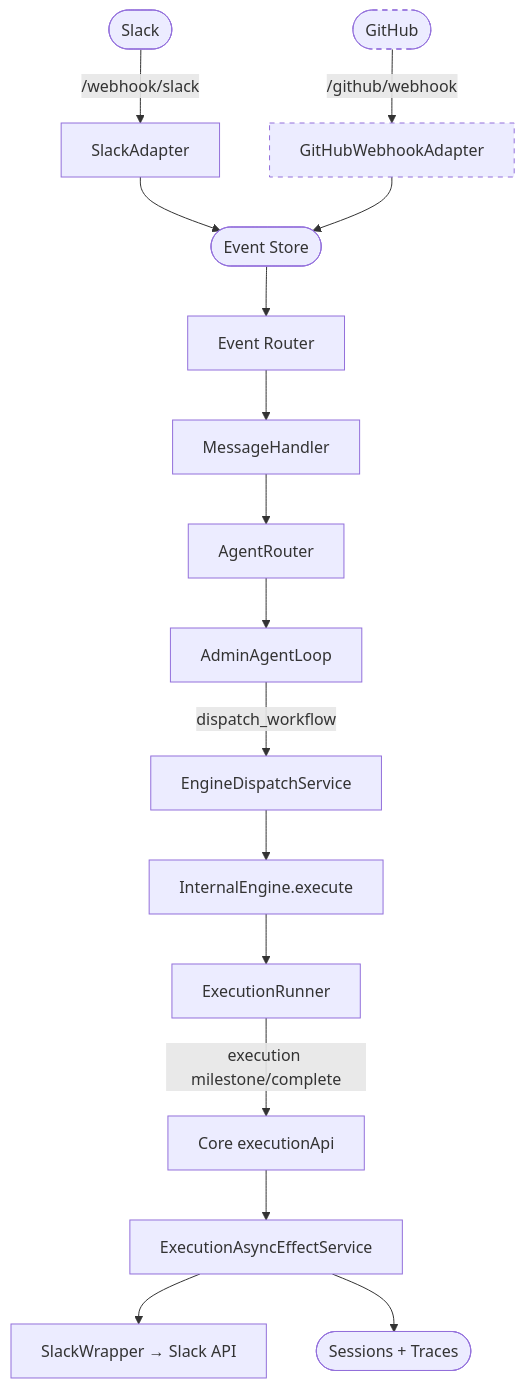
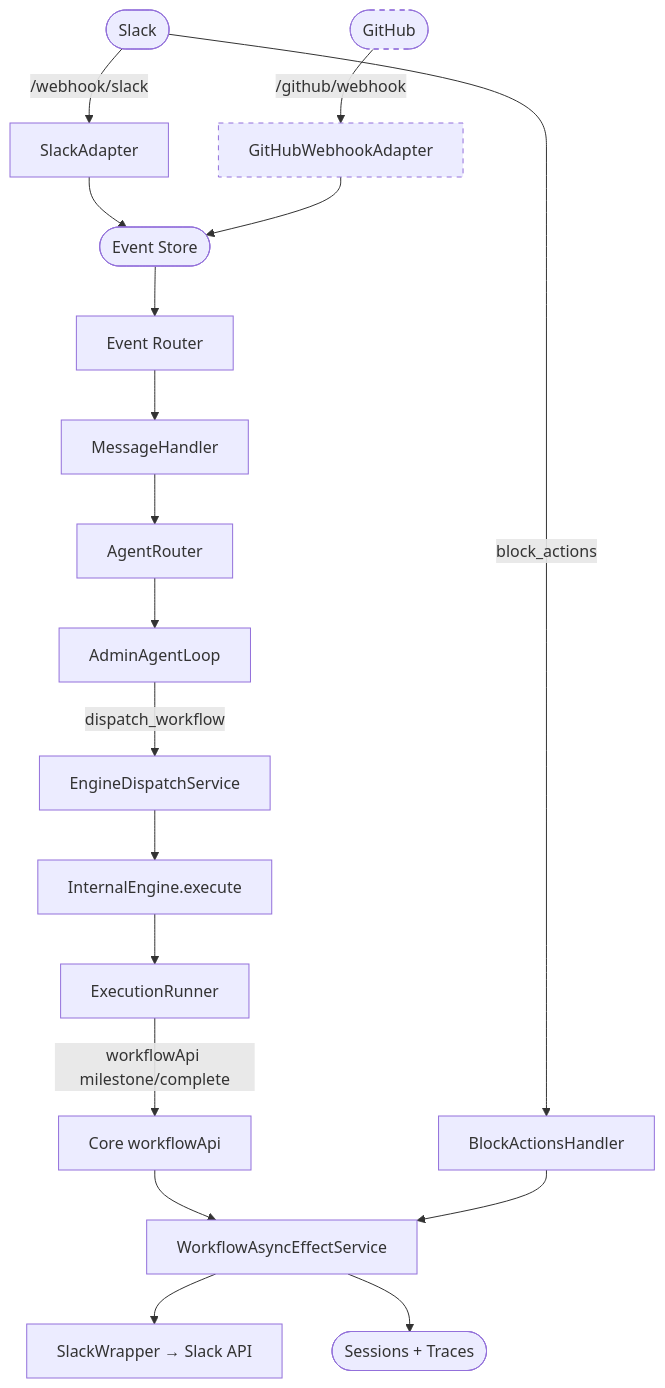
The second of 2 diagrams in ARCHITECTURE.md (Looping-AI/looping-control-plane), drawn with Mermaid before and after one commit. The commit also changed other lines of this file and 16 other files, not shown here.

````diff
--- a/ARCHITECTURE.md
+++ b/ARCHITECTURE.md
@@ -110,22 +113,25 @@
 ```mermaid
 flowchart TD
     classDef planned stroke-dasharray:5 5
 
     S([Slack]) -->|"/webhook/slack"| SA[SlackAdapter]
   SA --> ES(["Event Store"]) --> ER[Event Router]
   ER --> MH[MessageHandler]
   MH --> AR[AgentRouter]
   AR --> AAL[AdminAgentLoop]
   AAL -->|dispatch_workflow| EDS[EngineDispatchService]
   EDS --> IE[InternalEngine.execute]
   IE --> RUN[ExecutionRunner]
-  RUN -->|execution milestone/complete| EAPI[Core executionApi]
-  EAPI --> AFX[ExecutionAsyncEffectService]
+  RUN -->|workflowApi milestone/complete| EAPI[Core workflowApi]
+  EAPI --> AFX[WorkflowAsyncEffectService]
   AFX --> SW["SlackWrapper → Slack API"]
   AFX --> SS(["Sessions + Traces"])
+
+  S -->|block_actions| BA[BlockActionsHandler]
+  BA --> AFX
 
   GH([GitHub]) -->|"/github/webhook"| GHA[GitHubWebhookAdapter]
   GHA --> ES
 
   class GH,GHA planned
 ```
````
